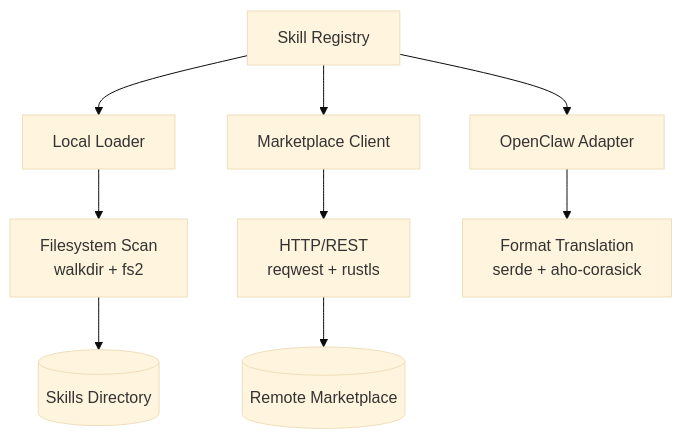
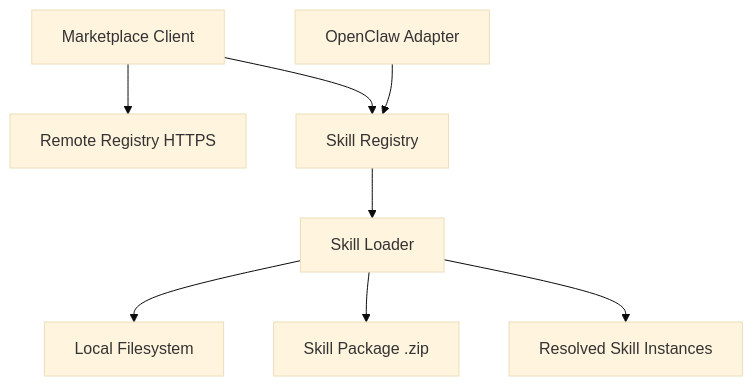
One commit to leszek3737/librefang-WIki changed the diagram in other-librefang-skills.md. Above: the diagram before and after it, drawn with Mermaid (base theme). The commit also changed other lines of this file and 70 other files, not shown here.

````diff
--- a/other-librefang-skills.md
+++ b/other-librefang-skills.md
@@ -20,11 +13,10 @@
 ```mermaid
 graph TD
-    A[Skill Registry] --> B[Local Loader]
-    A --> C[Marketplace Client]
-    A --> D[OpenClaw Adapter]
-    B --> E[Filesystem Scan<br/>walkdir + fs2]
-    C --> F[HTTP/REST<br/>reqwest + rustls]
-    D --> G[Format Translation<br/>serde + aho-corasick]
-    E --> H[(Skills Directory)]
-    F --> I[(Remote Marketplace)]
+    A[Skill Registry] --> B[Skill Loader]
+    B --> C[Local Filesystem]
+    B --> D[Skill Package .zip]
+    E[Marketplace Client] --> F[Remote Registry HTTPS]
+    E --> A
+    G[OpenClaw Adapter] --> A
+    B --> H[Resolved Skill Instances]
 ```
````
